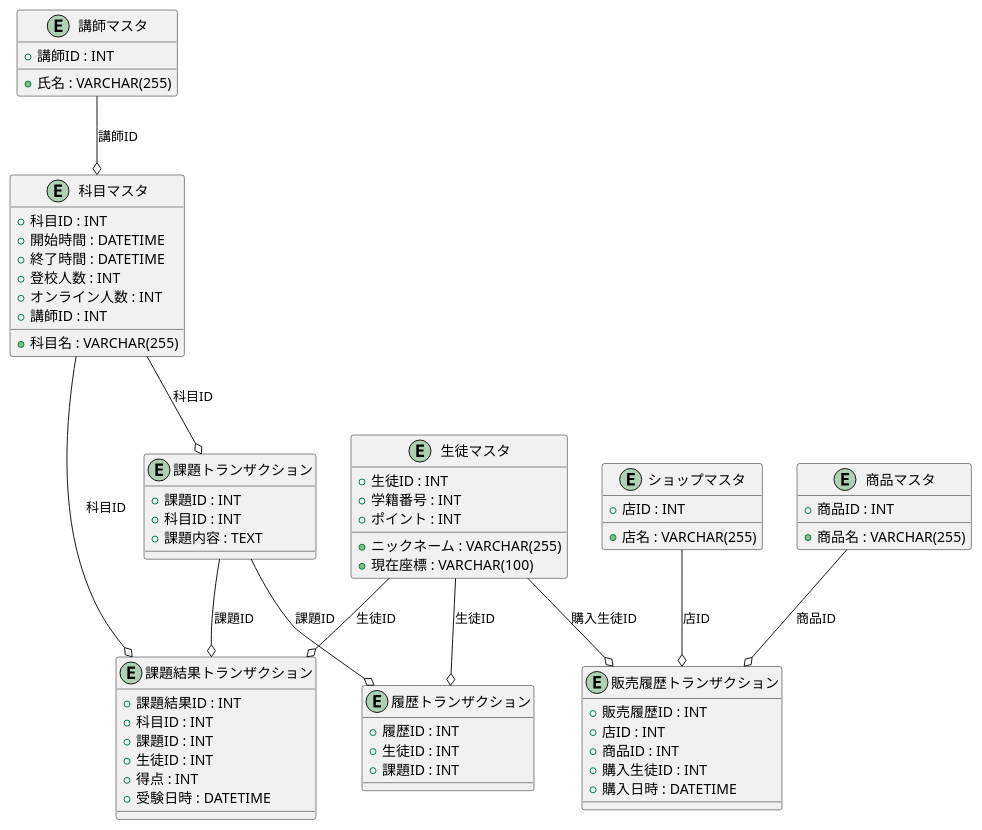
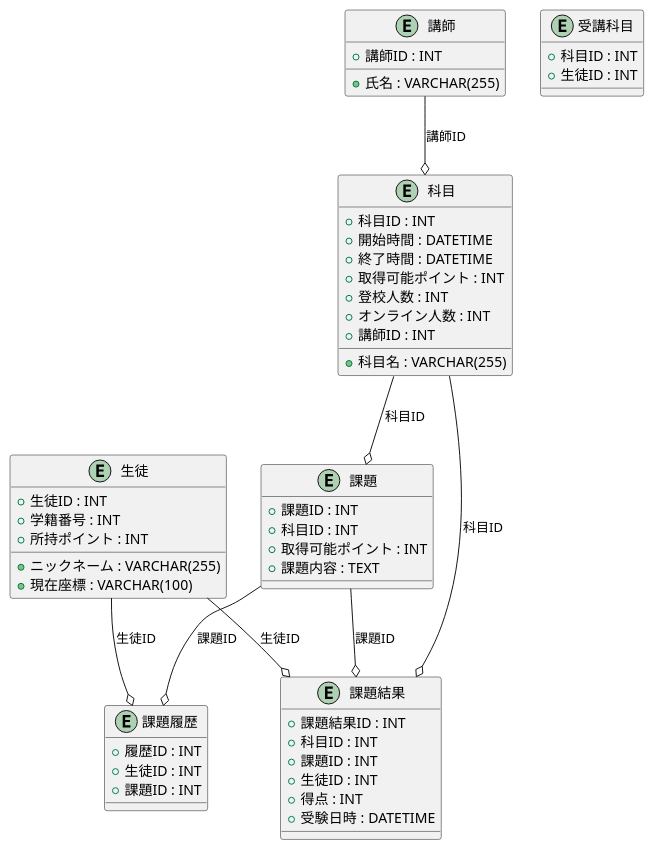
The diagram in class-system/plant.pu (haru-0035-git/class-1), drawn with PlantUML before and after one commit. The commit also changed other lines of this file, not shown here.

Commit message:
この授業ゴミ

```diff
--- a/class-system/plant.pu
+++ b/class-system/plant.pu
@@ -1,107 +1,118 @@
-@startuml aaa
+@startuml UML
 
 ' ------------------------------------------------------
 ' 講師マスタ
 ' ------------------------------------------------------
-entity "講師マスタ" as teacher_master {
+entity "講師" as teacher_master {
     +講師ID : INT
     +氏名 : VARCHAR(255)
 }
 
 ' ------------------------------------------------------
 ' 生徒マスタ
 ' ------------------------------------------------------
-entity "生徒マスタ" as student_master {
+entity "生徒" as student_master {
     +生徒ID : INT
     +学籍番号 : INT
     +ニックネーム : VARCHAR(255)
-    +ポイント : INT
+    +所持ポイント : INT
     +現在座標 : VARCHAR(100)
 }
 
 ' ------------------------------------------------------
 ' 履歴トランザクション
 ' ------------------------------------------------------
-entity "履歴トランザクション" as transaction_history {
+entity "課題履歴" as transaction_history {
     +履歴ID : INT
     +生徒ID : INT
     +課題ID : INT
 }
 
 ' ------------------------------------------------------
 ' 科目マスタ
 ' ------------------------------------------------------
-entity "科目マスタ" as subject_master {
+entity "科目" as subject_master {
     +科目ID : INT
     +科目名 : VARCHAR(255)
     +開始時間 : DATETIME
     +終了時間 : DATETIME
+    +取得可能ポイント : INT
     +登校人数 : INT
     +オンライン人数 : INT
     +講師ID : INT
 }
 
 ' ------------------------------------------------------
+' 受講科目
+' ------------------------------------------------------
+entity "受講科目" as subject_student {
+    +科目ID : INT
+    +生徒ID : INT
+}
+
+
+' ------------------------------------------------------
 ' 課題トランザクション
 ' ------------------------------------------------------
-entity "課題トランザクション" as assignment_transaction {
+entity "課題" as assignment_transaction {
     +課題ID : INT
     +科目ID : INT
+    +取得可能ポイント : INT
     +課題内容 : TEXT
 }
 
 ' ------------------------------------------------------
 ' 課題結果トランザクション
 ' ------------------------------------------------------
-entity "課題結果トランザクション" as assignment_result_transaction {
+entity "課題結果" as assignment_result_transaction {
     +課題結果ID : INT
     +科目ID : INT
     +課題ID : INT
     +生徒ID : INT
     +得点 : INT
     +受験日時 : DATETIME
 }
 
-' ------------------------------------------------------
-' 商品マスタ
-' ------------------------------------------------------
-entity "商品マスタ" as product_master {
-    +商品ID : INT
-    +商品名 : VARCHAR(255)
-}
+' ' ------------------------------------------------------
+' ' 商品マスタ
+' ' ------------------------------------------------------
+' entity 商品 as product_master {
+'     +商品ID : INT
+'     +商品名 : VARCHAR(255)
+' }
 
-' ------------------------------------------------------
-' ショップマスタ
-' ------------------------------------------------------
-entity "ショップマスタ" as shop_master {
-    +店ID : INT
-    +店名 : VARCHAR(255)
-}
+' ' ------------------------------------------------------
+' ' ショップマスタ
+' ' ------------------------------------------------------
+' entity ショップ as shop_master {
+'     +店ID : INT
+'     +店名 : VARCHAR(255)
+' }
 
-' ------------------------------------------------------
-' 販売履歴トランザクション
-' ------------------------------------------------------
-entity "販売履歴トランザクション" as sales_transaction {
-    +販売履歴ID : INT
-    +店ID : INT
-    +商品ID : INT
-    +購入生徒ID : INT
-    +購入日時 : DATETIME
-}
+' ' ------------------------------------------------------
+' ' 販売履歴トランザクション
+' ' ------------------------------------------------------
+' entity 販売履歴 as sales_transaction {
+'     +販売履歴ID : INT
+'     +店ID : INT
+'     +商品ID : INT
+'     +購入生徒ID : INT
+'     +購入日時 : DATETIME
+' }
 
 ' ------------------------------------------------------
 ' テーブル間の関係
 ' ------------------------------------------------------
 
 teacher_master --o subject_master : 講師ID
 student_master --o transaction_history : 生徒ID
 student_master --o assignment_result_transaction : 生徒ID
-student_master --o sales_transaction : 購入生徒ID
 subject_master --o assignment_transaction : 科目ID
 subject_master --o assignment_result_transaction : 科目ID
 assignment_transaction --o assignment_result_transaction : 課題ID
 assignment_transaction --o transaction_history : 課題ID
-product_master --o sales_transaction : 商品ID
-shop_master --o sales_transaction : 店ID
+' student_master --o sales_transaction : 購入生徒ID
+' product_master --o sales_transaction : 商品ID
+' shop_master --o sales_transaction : 店ID
 
 @enduml
```
